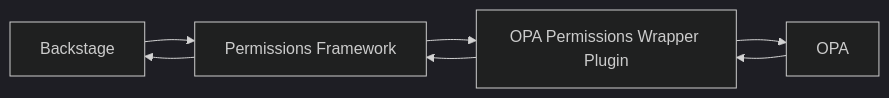
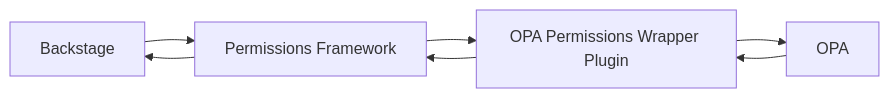
Before and after one commit to Parsifal-M/backstage-opa-plugins: the first of 2 diagrams in opa-docs/docs/opa-permissions-wrapper-module/architecture.md, drawn with Mermaid. The commit also changed other lines of this file and 12 other files, not shown here.

````diff
--- a/opa-docs/docs/opa-permissions-wrapper-module/architecture.md
+++ b/opa-docs/docs/opa-permissions-wrapper-module/architecture.md
@@ -7,10 +7,9 @@
 ```mermaid
-%%{init: {'theme': 'dark'}}%%
 graph LR
     A[Backstage] --> B[Permissions Framework]
     B --> C[OPA Permissions Wrapper Plugin]
     C --> D[OPA]
     D --> C
     C --> B
     B --> A
 ```
````
